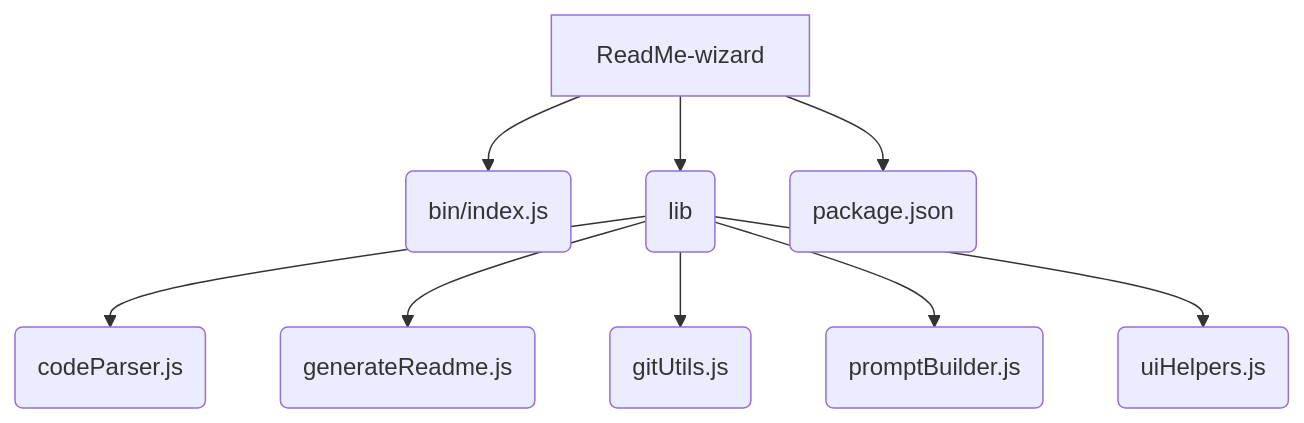
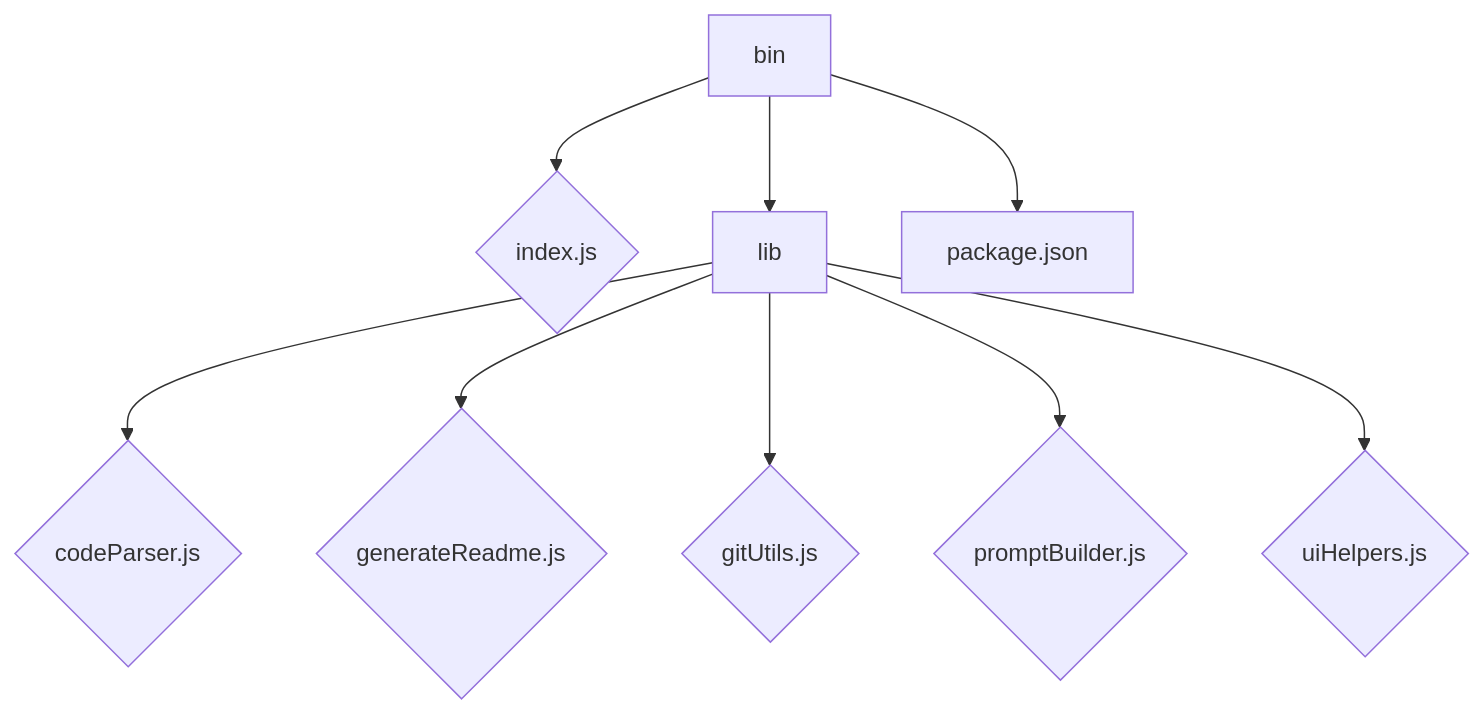
One commit to PIYUSH1SAINI/ReadMe-wiz changed the second of 2 diagrams in README.md. Above: the diagram before and after it, drawn with Mermaid. The commit also changed other lines of this file and 1 other file, not shown here.

````diff
--- a/README.md
+++ b/README.md
@@ -52,12 +57,12 @@
 ```mermaid
 graph TD
-    A[ReadMe-wizard] --> B(bin/index.js);
-    A --> C(lib);
-    C --> D(codeParser.js);
-    C --> E(generateReadme.js);
-    C --> F(gitUtils.js);
-    C --> G(promptBuilder.js);
-    C --> H(uiHelpers.js);
-    A --> I(package.json);
+    A[bin] --> B{index.js};
+    A --> C[lib];
+    C --> D{codeParser.js};
+    C --> E{generateReadme.js};
+    C --> F{gitUtils.js};
+    C --> G{promptBuilder.js};
+    C --> H{uiHelpers.js};
+    A --> I[package.json];
 
 ```
````
